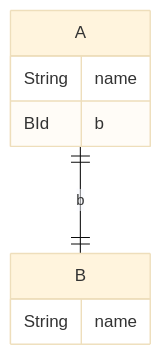
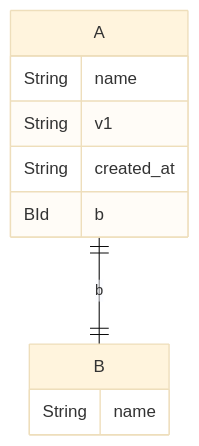
Before and after one commit to ymgyt/github-actions-handson: the diagram in docs/diagram/structiagram.md, drawn with Mermaid (base theme). The commit also changed 3 other files, not shown here.

````diff
--- a/docs/diagram/structiagram.md
+++ b/docs/diagram/structiagram.md
@@ -3,18 +3,20 @@
 ```mermaid
 %%{init: {
             "er": {
                 "layoutDirection": "LR",
                 "entityPadding": 15,
                 "useMaxWidth": false
             }
         }}%%
 erDiagram
 A {
     String name
+    String v1
+    String created_at
     BId b
 }
 B {
     String name
 }
 A ||--|| B : b
 ```
````
